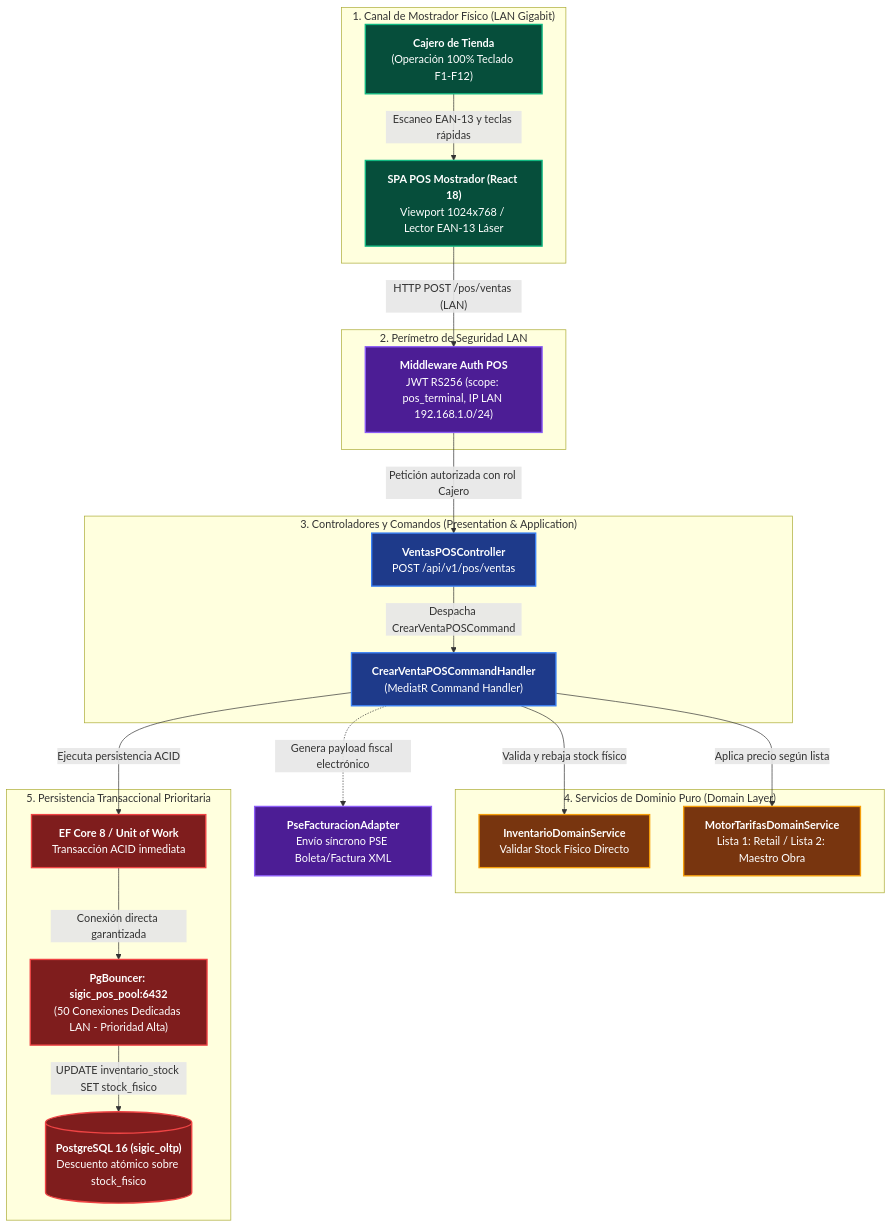
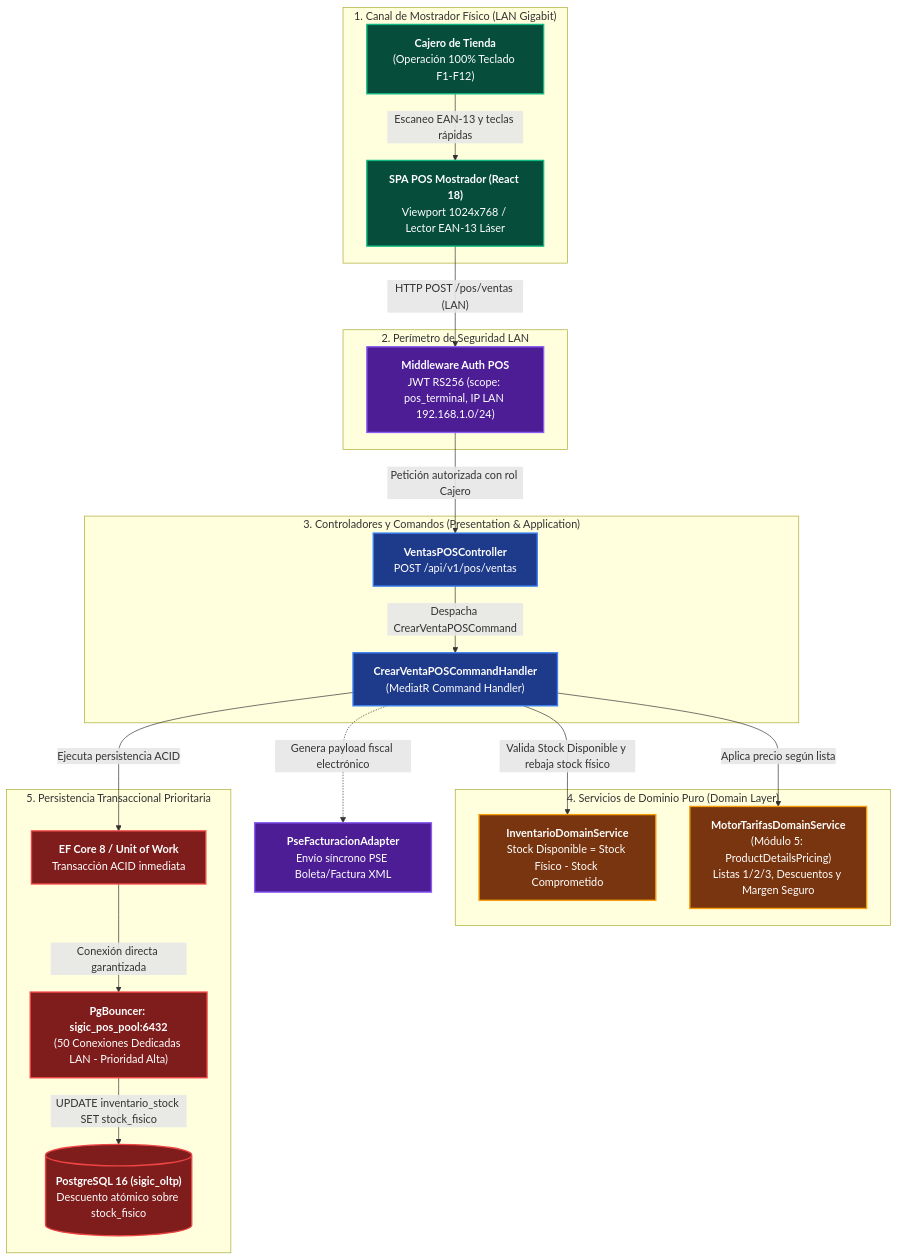
One commit to Crhisxp/SIGIC-arquitSoft-proyecto-final changed the first of 2 diagrams in 04-modelo-c4/Nivel3-Diagrama-de-Componentes.md. Above: the diagram before and after it, drawn with Mermaid. The commit also changed other lines of this file and 80 other files, not shown here.

````diff
--- a/04-modelo-c4/Nivel3-Diagrama-de-Componentes.md
+++ b/04-modelo-c4/Nivel3-Diagrama-de-Componentes.md
@@ -42,70 +42,70 @@
 ```mermaid
 flowchart TD
     %% ========================================================
     %% ACTOR Y FRONTEND (VERDE)
     %% ========================================================
     subgraph UI_POS ["1. Canal de Mostrador Físico (LAN Gigabit)"]
         ACT_CAJ["<b>Cajero de Tienda</b><br/>(Operación 100% Teclado F1-F12)"]
         SPA_POS["<b>SPA POS Mostrador (React 18)</b><br/>Viewport 1024x768 / Lector EAN-13 Láser"]
     end
 
     %% ========================================================
     %% CAPA DE SEGURIDAD (MORADO)
     %% ========================================================
     subgraph SEC_POS ["2. Perímetro de Seguridad LAN"]
         MW_AUTH["<b>Middleware Auth POS</b><br/>JWT RS256 (scope: pos_terminal, IP LAN 192.168.1.0/24)"]
     end
 
     %% ========================================================
     %% CAPA PRESENTACIÓN Y APLICACIÓN (AZUL)
     %% ========================================================
     subgraph APP_POS ["3. Controladores y Comandos (Presentation & Application)"]
         CTRL_POS["<b>VentasPOSController</b><br/>POST /api/v1/pos/ventas"]
         CMD_POS["<b>CrearVentaPOSCommandHandler</b><br/>(MediatR Command Handler)"]
     end
 
     %% ========================================================
     %% CAPA DOMINIO (AMARILLO)
     %% ========================================================
     subgraph DOM_POS ["4. Servicios de Dominio Puro (Domain Layer)"]
-        SRV_INV["<b>InventarioDomainService</b><br/>Validar Stock Físico Directo"]
-        SRV_TAR["<b>MotorTarifasDomainService</b><br/>Lista 1: Retail / Lista 2: Maestro Obra"]
+        SRV_INV["<b>InventarioDomainService</b><br/>Stock Disponible = Stock Físico - Stock Comprometido"]
+        SRV_TAR["<b>MotorTarifasDomainService</b><br/>(Módulo 5: ProductDetailsPricing)<br/>Listas 1/2/3, Descuentos y Margen Seguro"]
     end
 
     %% ========================================================
     %% PERSISTENCIA Y POOLS (ROJO)
     %% ========================================================
     subgraph DATA_POS ["5. Persistencia Transaccional Prioritaria"]
         EF_POS["<b>EF Core 8 / Unit of Work</b><br/>Transacción ACID inmediata"]
         POOL_POS["<b>PgBouncer: sigic_pos_pool:6432</b><br/>(50 Conexiones Dedicadas LAN - Prioridad Alta)"]
         DB_POS[("<b>PostgreSQL 16 (sigic_oltp)</b><br/>Descuento atómico sobre stock_fisico")]
     end
 
     %% INTEGRACIÓN EXTERNA
     EXT_PSE["<b>PseFacturacionAdapter</b><br/>Envío síncrono PSE Boleta/Factura XML"]
 
     %% Conexiones de Flujo
     ACT_CAJ -->|"Escaneo EAN-13 y teclas rápidas"| SPA_POS
     SPA_POS -->|"HTTP POST /pos/ventas (LAN)"| MW_AUTH
     MW_AUTH -->|"Petición autorizada con rol Cajero"| CTRL_POS
     CTRL_POS -->|"Despacha CrearVentaPOSCommand"| CMD_POS
     CMD_POS -->|"Aplica precio según lista"| SRV_TAR
-    CMD_POS -->|"Valida y rebaja stock físico"| SRV_INV
+    CMD_POS -->|"Valida Stock Disponible y rebaja stock físico"| SRV_INV
     CMD_POS -->|"Ejecuta persistencia ACID"| EF_POS
     EF_POS -->|"Conexión directa garantizada"| POOL_POS
     POOL_POS -->|"UPDATE inventario_stock SET stock_fisico"| DB_POS
     CMD_POS -.->|"Genera payload fiscal electrónico"| EXT_PSE
 
     %% Paleta Semántica: Verde (UI), Azul (API/App), Amarillo (Domain), Rojo (Data), Morado (Seguridad)
     classDef verdeUI fill:#064e3b,stroke:#10b981,stroke-width:2px,color:#ffffff;
     classDef azulAPI fill:#1e3a8a,stroke:#3b82f6,stroke-width:2px,color:#ffffff;
     classDef amarilloDOM fill:#78350f,stroke:#f59e0b,stroke-width:2px,color:#ffffff;
     classDef rojoDATA fill:#7f1d1d,stroke:#ef4444,stroke-width:2px,color:#ffffff;
     classDef moradoSEC fill:#4c1d95,stroke:#8b5cf6,stroke-width:2px,color:#ffffff;
 
     class ACT_CAJ,SPA_POS verdeUI;
     class CTRL_POS,CMD_POS azulAPI;
     class SRV_INV,SRV_TAR amarilloDOM;
     class EF_POS,POOL_POS,DB_POS rojoDATA;
     class MW_AUTH,EXT_PSE moradoSEC;
 ```
````
